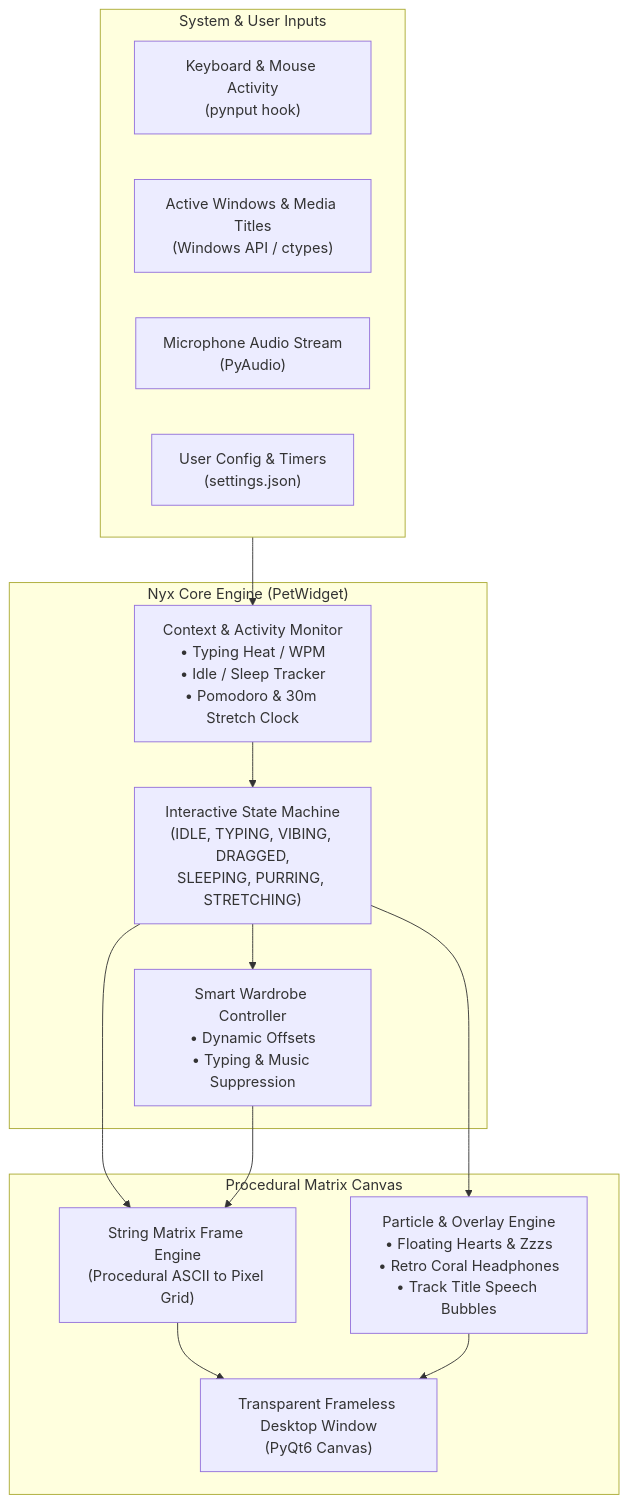
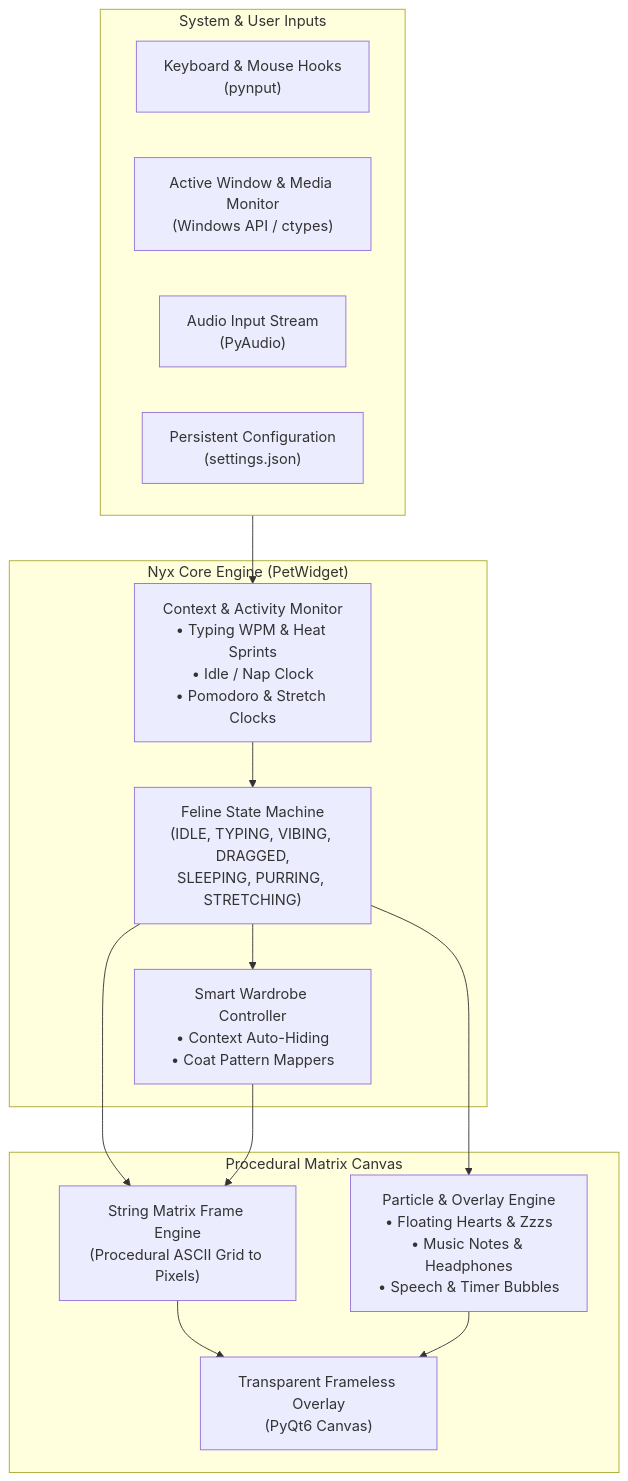
The first of 2 diagrams in README.md (MukundhArul/Nyx), drawn with Mermaid before and after one commit. The commit also changed other lines of this file, not shown here.

Commit message:
docs: rewrite README with modern overview, features, architecture, and controls

````diff
--- a/README.md
+++ b/README.md
@@ -61,30 +103,30 @@
 ```mermaid
 flowchart TD
     subgraph Inputs ["System & User Inputs"]
-        KBD["Keyboard & Mouse Activity<br>(pynput hook)"]
-        WIN["Active Windows & Media Titles<br>(Windows API / ctypes)"]
-        MIC["Microphone Audio Stream<br>(PyAudio)"]
-        CFG["User Config & Timers<br>(settings.json)"]
+        KBD["Keyboard & Mouse Hooks<br>(pynput)"]
+        WIN["Active Window & Media Monitor<br>(Windows API / ctypes)"]
+        MIC["Audio Input Stream<br>(PyAudio)"]
+        CFG["Persistent Configuration<br>(settings.json)"]
     end
 
     subgraph Core ["Nyx Core Engine (PetWidget)"]
-        TRACK["Context & Activity Monitor<br>• Typing Heat / WPM<br>• Idle / Sleep Tracker<br>• Pomodoro & 30m Stretch Clock"]
-        SM["Interactive State Machine<br>(IDLE, TYPING, VIBING, DRAGGED,<br>SLEEPING, PURRING, STRETCHING)"]
-        WARD["Smart Wardrobe Controller<br>• Dynamic Offsets<br>• Typing & Music Suppression"]
+        TRACK["Context & Activity Monitor<br>• Typing WPM & Heat Sprints<br>• Idle / Nap Clock<br>• Pomodoro & Stretch Clocks"]
+        SM["Feline State Machine<br>(IDLE, TYPING, VIBING, DRAGGED,<br>SLEEPING, PURRING, STRETCHING)"]
+        WARD["Smart Wardrobe Controller<br>• Context Auto-Hiding<br>• Coat Pattern Mappers"]
     end
 
     subgraph Rendering ["Procedural Matrix Canvas"]
-        MAT["String Matrix Frame Engine<br>(Procedural ASCII to Pixel Grid)"]
-        PARTS["Particle & Overlay Engine<br>• Floating Hearts & Zzzs<br>• Retro Coral Headphones<br>• Track Title Speech Bubbles"]
-        CANVAS["Transparent Frameless Desktop Window<br>(PyQt6 Canvas)"]
+        MAT["String Matrix Frame Engine<br>(Procedural ASCII Grid to Pixels)"]
+        PARTS["Particle & Overlay Engine<br>• Floating Hearts & Zzzs<br>• Music Notes & Headphones<br>• Speech & Timer Bubbles"]
+        CANVAS["Transparent Frameless Overlay<br>(PyQt6 Canvas)"]
     end
 
     Inputs --> TRACK
     TRACK --> SM
     SM --> WARD
     SM --> MAT
     WARD --> MAT
     SM --> PARTS
     MAT --> CANVAS
     PARTS --> CANVAS
 ```
````
